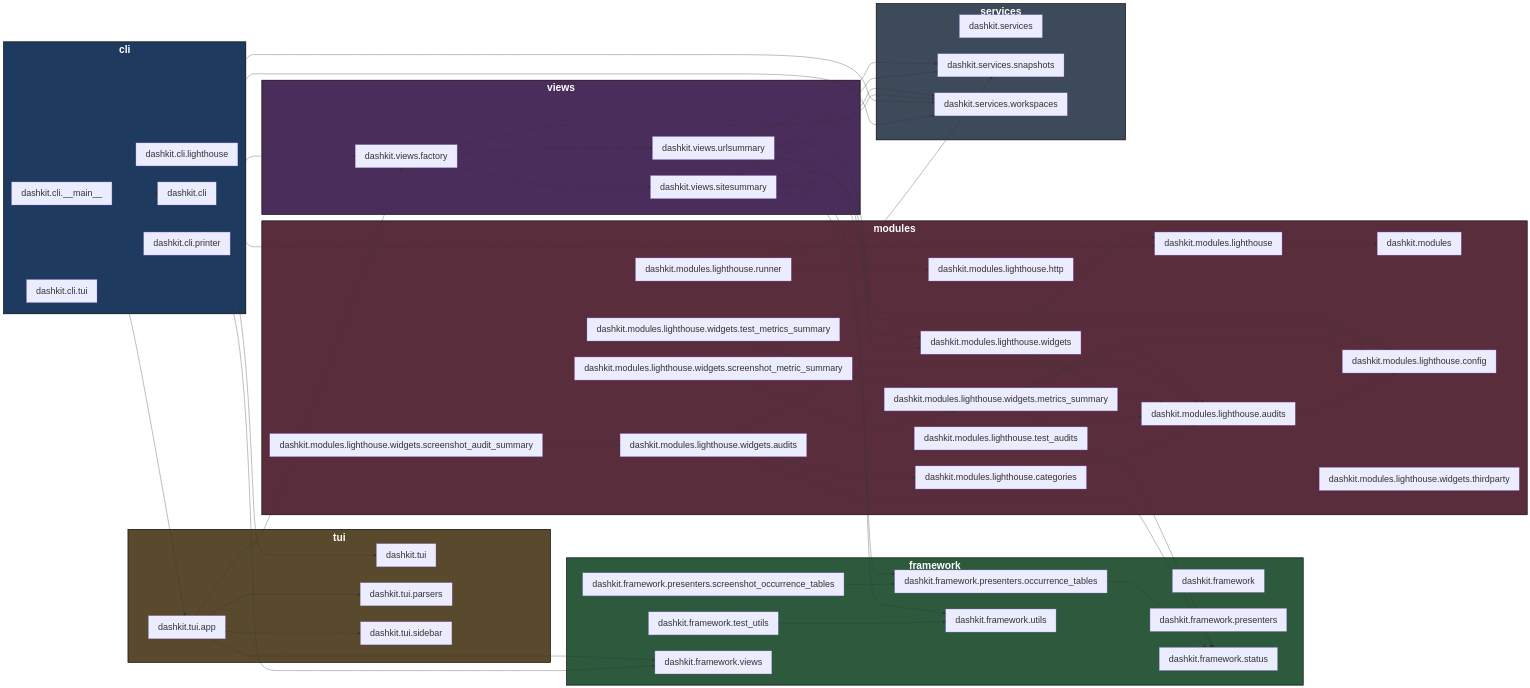
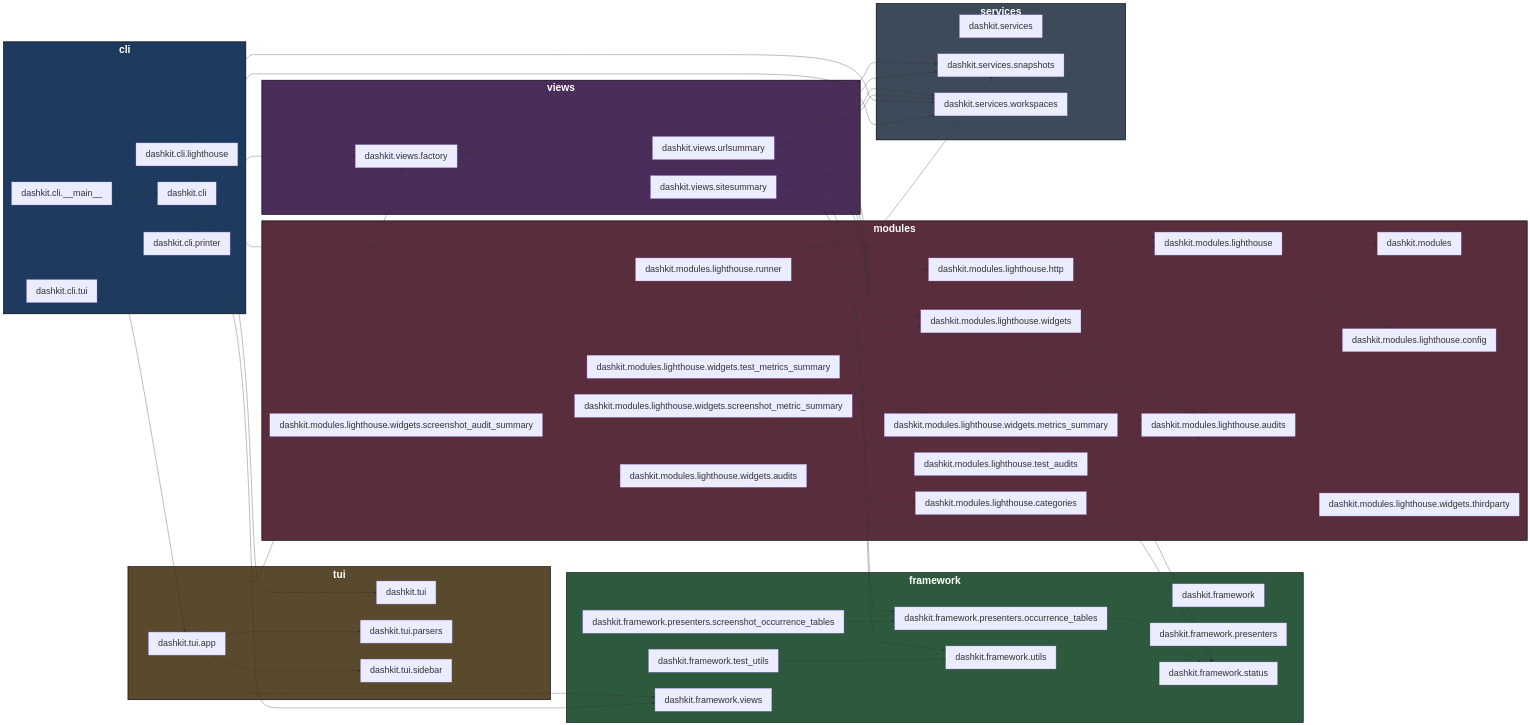
Before and after one commit to oct-cr/web-audit-tool: the diagram in docs/arch-code-diagram.mmd, drawn with Mermaid. The commit also changed 4 other files, not shown here.

```diff
--- a/docs/arch-code-diagram.mmd
+++ b/docs/arch-code-diagram.mmd
@@ -1,112 +1,113 @@
 flowchart LR
 %% Auto-generated from code (utils/gen_arch_diagram.py)
 
 subgraph cli["<b style='font-size:32px'>cli</b>"]
   style cli fill:#1e3a5f,color:#fff,stroke:#000,stroke-width:2px
   dashkit_cli["dashkit.cli"]
   dashkit_cli___main__["dashkit.cli.__main__"]
   dashkit_cli_lighthouse["dashkit.cli.lighthouse"]
   dashkit_cli_printer["dashkit.cli.printer"]
   dashkit_cli_tui["dashkit.cli.tui"]
 end
 
 subgraph framework["<b style='font-size:32px'>framework</b>"]
   style framework fill:#2d5a3d,color:#fff,stroke:#000,stroke-width:2px
   dashkit_framework["dashkit.framework"]
   dashkit_framework_presenters["dashkit.framework.presenters"]
   dashkit_framework_presenters_occurrence_tables["dashkit.framework.presenters.occurrence_tables"]
   dashkit_framework_presenters_screenshot_occurrence_tables["dashkit.framework.presenters.screenshot_occurrence_tables"]
   dashkit_framework_status["dashkit.framework.status"]
   dashkit_framework_test_utils["dashkit.framework.test_utils"]
   dashkit_framework_utils["dashkit.framework.utils"]
   dashkit_framework_views["dashkit.framework.views"]
 end
 
 subgraph modules["<b style='font-size:32px'>modules</b>"]
   style modules fill:#5a2d3d,color:#fff,stroke:#000,stroke-width:2px
   dashkit_modules["dashkit.modules"]
   dashkit_modules_lighthouse["dashkit.modules.lighthouse"]
   dashkit_modules_lighthouse_audits["dashkit.modules.lighthouse.audits"]
   dashkit_modules_lighthouse_categories["dashkit.modules.lighthouse.categories"]
   dashkit_modules_lighthouse_config["dashkit.modules.lighthouse.config"]
   dashkit_modules_lighthouse_http["dashkit.modules.lighthouse.http"]
   dashkit_modules_lighthouse_runner["dashkit.modules.lighthouse.runner"]
   dashkit_modules_lighthouse_test_audits["dashkit.modules.lighthouse.test_audits"]
   dashkit_modules_lighthouse_widgets["dashkit.modules.lighthouse.widgets"]
   dashkit_modules_lighthouse_widgets_audits["dashkit.modules.lighthouse.widgets.audits"]
   dashkit_modules_lighthouse_widgets_metrics_summary["dashkit.modules.lighthouse.widgets.metrics_summary"]
   dashkit_modules_lighthouse_widgets_screenshot_audit_summary["dashkit.modules.lighthouse.widgets.screenshot_audit_summary"]
   dashkit_modules_lighthouse_widgets_screenshot_metric_summary["dashkit.modules.lighthouse.widgets.screenshot_metric_summary"]
   dashkit_modules_lighthouse_widgets_test_metrics_summary["dashkit.modules.lighthouse.widgets.test_metrics_summary"]
   dashkit_modules_lighthouse_widgets_thirdparty["dashkit.modules.lighthouse.widgets.thirdparty"]
 end
 
 subgraph services["<b style='font-size:32px'>services</b>"]
   style services fill:#3d4a5a,color:#fff,stroke:#000,stroke-width:2px
   dashkit_services["dashkit.services"]
   dashkit_services_snapshots["dashkit.services.snapshots"]
   dashkit_services_workspaces["dashkit.services.workspaces"]
 end
 
 subgraph tui["<b style='font-size:32px'>tui</b>"]
   style tui fill:#5a4a2d,color:#fff,stroke:#000,stroke-width:2px
   dashkit_tui["dashkit.tui"]
   dashkit_tui_app["dashkit.tui.app"]
   dashkit_tui_parsers["dashkit.tui.parsers"]
   dashkit_tui_sidebar["dashkit.tui.sidebar"]
 end
 
 subgraph views["<b style='font-size:32px'>views</b>"]
   style views fill:#4a2d5a,color:#fff,stroke:#000,stroke-width:2px
   dashkit_views_factory["dashkit.views.factory"]
   dashkit_views_sitesummary["dashkit.views.sitesummary"]
   dashkit_views_urlsummary["dashkit.views.urlsummary"]
 end
 
 dashkit_cli --> dashkit_services_workspaces
 dashkit_cli --> dashkit_tui
 dashkit_cli___main__ --> dashkit_cli
 dashkit_cli_lighthouse --> dashkit_modules_lighthouse
 dashkit_cli_lighthouse --> dashkit_services_workspaces
 dashkit_cli_printer --> dashkit_framework_views
 dashkit_cli_printer --> dashkit_views_factory
 dashkit_cli_tui --> dashkit_tui_app
 dashkit_framework_presenters_occurrence_tables --> dashkit_framework_status
 dashkit_framework_presenters_screenshot_occurrence_tables --> dashkit_framework_presenters_occurrence_tables
 dashkit_framework_test_utils --> dashkit_framework_utils
 dashkit_modules_lighthouse --> dashkit_modules
 dashkit_modules_lighthouse_audits --> dashkit_modules_lighthouse_config
 dashkit_modules_lighthouse_categories --> dashkit_modules_lighthouse_audits
 dashkit_modules_lighthouse_runner --> dashkit_modules_lighthouse_http
 dashkit_modules_lighthouse_runner --> dashkit_services_snapshots
 dashkit_modules_lighthouse_test_audits --> dashkit_modules_lighthouse_audits
 dashkit_modules_lighthouse_widgets --> dashkit_modules_lighthouse
 dashkit_modules_lighthouse_widgets --> dashkit_modules_lighthouse_audits
 dashkit_modules_lighthouse_widgets_audits --> dashkit_framework_status
 dashkit_modules_lighthouse_widgets_audits --> dashkit_modules_lighthouse_audits
 dashkit_modules_lighthouse_widgets_audits --> dashkit_modules_lighthouse_categories
 dashkit_modules_lighthouse_widgets_metrics_summary --> dashkit_framework_status
 dashkit_modules_lighthouse_widgets_metrics_summary --> dashkit_modules_lighthouse_audits
 dashkit_modules_lighthouse_widgets_metrics_summary --> dashkit_modules_lighthouse_config
+dashkit_modules_lighthouse_widgets_screenshot_audit_summary --> dashkit_modules_lighthouse_audits
 dashkit_modules_lighthouse_widgets_screenshot_audit_summary --> dashkit_modules_lighthouse_widgets_audits
 dashkit_modules_lighthouse_widgets_screenshot_metric_summary --> dashkit_modules_lighthouse_widgets_metrics_summary
 dashkit_modules_lighthouse_widgets_test_metrics_summary --> dashkit_modules_lighthouse_widgets_metrics_summary
 dashkit_tui_app --> dashkit_framework_views
 dashkit_tui_app --> dashkit_tui_parsers
 dashkit_tui_app --> dashkit_tui_sidebar
 dashkit_tui_app --> dashkit_views_factory
 dashkit_views_factory --> dashkit_services_workspaces
 dashkit_views_factory --> dashkit_views_sitesummary
 dashkit_views_factory --> dashkit_views_urlsummary
 dashkit_views_sitesummary --> dashkit_framework_presenters_occurrence_tables
 dashkit_views_sitesummary --> dashkit_framework_utils
 dashkit_views_sitesummary --> dashkit_modules_lighthouse_config
 dashkit_views_sitesummary --> dashkit_modules_lighthouse_widgets
 dashkit_views_sitesummary --> dashkit_services_snapshots
 dashkit_views_sitesummary --> dashkit_services_workspaces
 dashkit_views_urlsummary --> dashkit_modules_lighthouse_config
 dashkit_views_urlsummary --> dashkit_modules_lighthouse_widgets
 dashkit_views_urlsummary --> dashkit_services_snapshots
 
 classDef nodeClass font-size:28px;
 class dashkit_framework_test_utils,dashkit_framework,dashkit_framework_utils,dashkit_framework_views,dashkit_framework_status,dashkit_tui_sidebar,dashkit_tui,dashkit_tui_parsers,dashkit_tui_app,dashkit_cli,dashkit_cli_tui,dashkit_cli_lighthouse,dashkit_cli_printer,dashkit_cli___main__,dashkit_modules,dashkit_views_sitesummary,dashkit_views_factory,dashkit_views_urlsummary,dashkit_services_snapshots,dashkit_services,dashkit_services_workspaces,dashkit_modules_lighthouse_audits,dashkit_modules_lighthouse_runner,dashkit_modules_lighthouse_config,dashkit_modules_lighthouse_categories,dashkit_modules_lighthouse,dashkit_modules_lighthouse_test_audits,dashkit_modules_lighthouse_http,dashkit_modules_lighthouse_widgets_audits,dashkit_modules_lighthouse_widgets_screenshot_audit_summary,dashkit_modules_lighthouse_widgets,dashkit_modules_lighthouse_widgets_metrics_summary,dashkit_modules_lighthouse_widgets_screenshot_metric_summary,dashkit_modules_lighthouse_widgets_test_metrics_summary,dashkit_modules_lighthouse_widgets_thirdparty,dashkit_framework_presenters_screenshot_occurrence_tables,dashkit_framework_presenters,dashkit_framework_presenters_occurrence_tables nodeClass;
```
